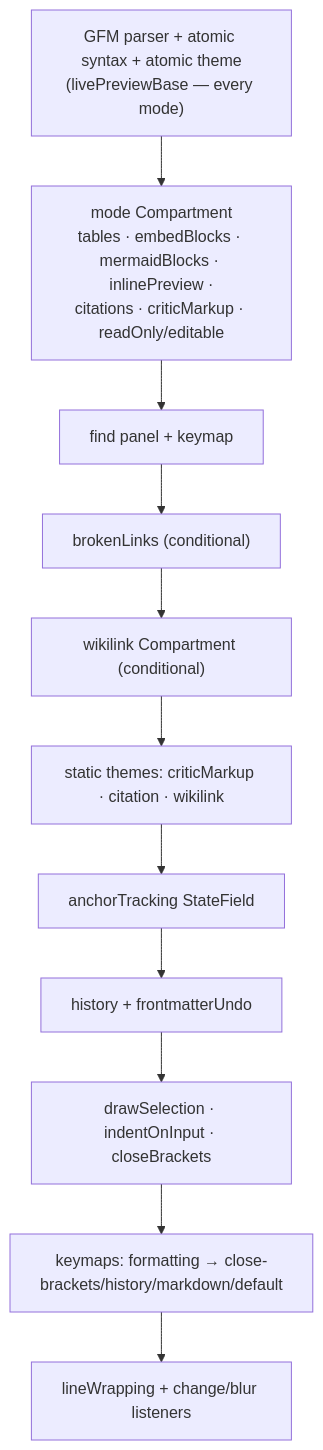
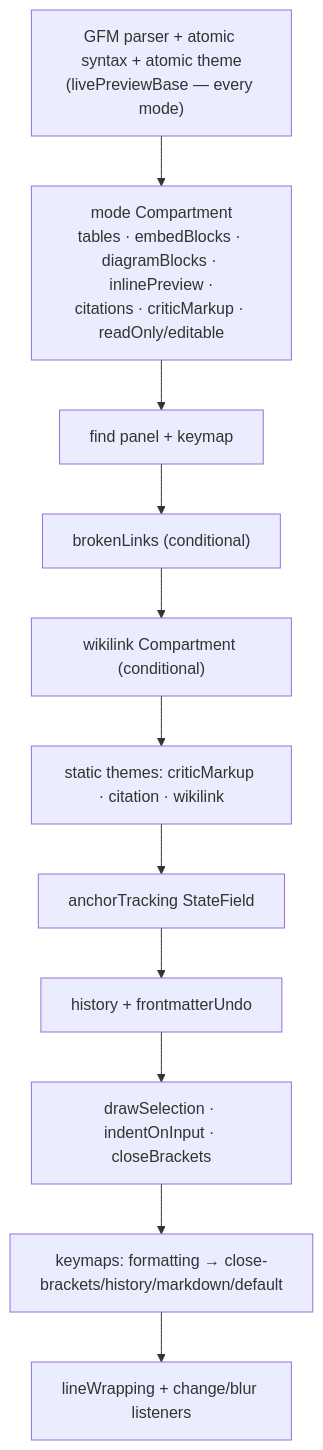
The diagram in docs/editor/codemirror.md (pothos-dev/sunstone), drawn with Mermaid before and after one commit. The commit also changed other lines of this file and 5 other files, not shown here.

First line of the commit message:
docs(editor): describe the diagram seam and the mermaid language (dr-1)

````diff
--- a/docs/editor/codemirror.md
+++ b/docs/editor/codemirror.md
@@ -34,15 +34,15 @@
 ```mermaid
 flowchart TD
   P["GFM parser + atomic syntax + atomic theme<br/>(livePreviewBase — every mode)"]
-  M["mode Compartment<br/>tables · embedBlocks · mermaidBlocks · inlinePreview ·<br/>citations · criticMarkup · readOnly/editable"]
+  M["mode Compartment<br/>tables · embedBlocks · diagramBlocks · inlinePreview ·<br/>citations · criticMarkup · readOnly/editable"]
   F["find panel + keymap"]
   B["brokenLinks (conditional)"]
   W["wikilink Compartment (conditional)"]
   S["static themes: criticMarkup · citation · wikilink"]
   A["anchorTracking StateField"]
   H["history + frontmatterUndo"]
   E["drawSelection · indentOnInput · closeBrackets"]
   K["keymaps: formatting → close-brackets/history/markdown/default"]
   L["lineWrapping + change/blur listeners"]
   P --> M --> F --> B --> W --> S --> A --> H --> E --> K --> L
 ```
````
